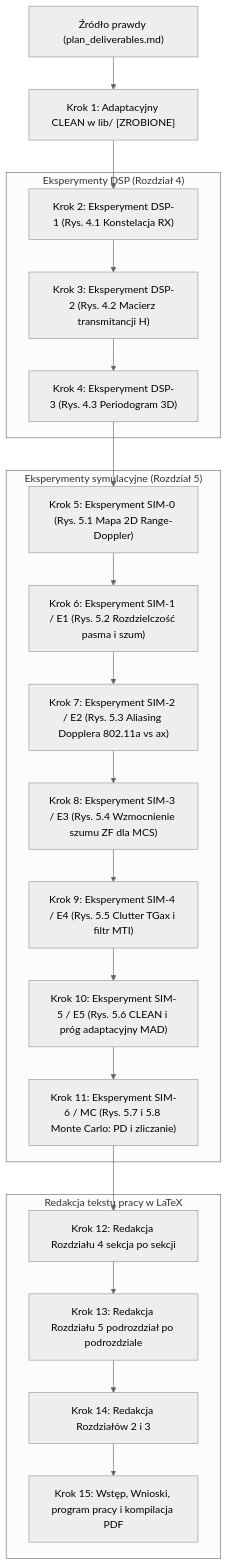
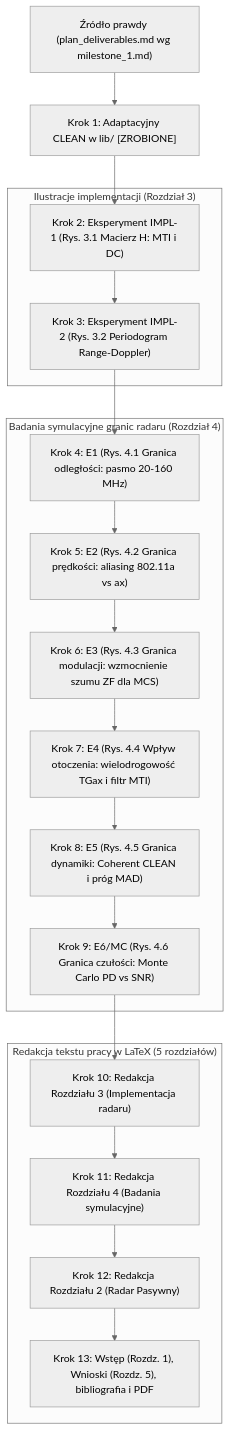
Before and after one commit to nix746/wifi-radar: the diagram in docs/plan_work_order.md, drawn with Mermaid (neutral theme). The commit also changed other lines of this file and 12 other files, not shown here.

````diff
--- a/docs/plan_work_order.md
+++ b/docs/plan_work_order.md
@@ -49,37 +47,35 @@
 ```mermaid
 flowchart TD
-    D["Źródło prawdy (plan_deliverables.md)"]
+    D["Źródło prawdy (plan_deliverables.md wg milestone_1.md)"]
     K1["Krok 1: Adaptacyjny CLEAN w lib/ [ZROBIONE]"]
     
-    subgraph EXP_DSP["Eksperymenty DSP (Rozdział 4)"]
-        K2["Krok 2: Eksperyment DSP-1 (Rys. 4.1 Konstelacja RX)"]
-        K3["Krok 3: Eksperyment DSP-2 (Rys. 4.2 Macierz transmitancji H)"]
-        K4["Krok 4: Eksperyment DSP-3 (Rys. 4.3 Periodogram 3D)"]
+    subgraph EXP_IMPL["Ilustracje implementacji (Rozdział 3)"]
+        K2["Krok 2: Eksperyment IMPL-1 (Rys. 3.1 Macierz H: MTI i DC)"]
+        K3["Krok 3: Eksperyment IMPL-2 (Rys. 3.2 Periodogram Range-Doppler)"]
     end
 
-    subgraph EXP_SIM["Eksperymenty symulacyjne (Rozdział 5)"]
-        K5["Krok 5: Eksperyment SIM-0 (Rys. 5.1 Mapa 2D Range-Doppler)"]
-        K6["Krok 6: Eksperyment SIM-1 / E1 (Rys. 5.2 Rozdzielczość pasma i szum)"]
-        K7["Krok 7: Eksperyment SIM-2 / E2 (Rys. 5.3 Aliasing Dopplera 802.11a vs ax)"]
-        K8["Krok 8: Eksperyment SIM-3 / E3 (Rys. 5.4 Wzmocnienie szumu ZF dla MCS)"]
-        K9["Krok 9: Eksperyment SIM-4 / E4 (Rys. 5.5 Clutter TGax i filtr MTI)"]
-        K10["Krok 10: Eksperyment SIM-5 / E5 (Rys. 5.6 CLEAN i próg adaptacyjny MAD)"]
-        K11["Krok 11: Eksperyment SIM-6 / MC (Rys. 5.7 i 5.8 Monte Carlo: PD i zliczanie)"]
+    subgraph EXP_SIM["Badania symulacyjne granic radaru (Rozdział 4)"]
+        K4["Krok 4: E1 (Rys. 4.1 Granica odległości: pasmo 20-160 MHz)"]
+        K5["Krok 5: E2 (Rys. 4.2 Granica prędkości: aliasing 802.11a vs ax)"]
+        K6["Krok 6: E3 (Rys. 4.3 Granica modulacji: wzmocnienie szumu ZF dla MCS)"]
+        K7["Krok 7: E4 (Rys. 4.4 Wpływ otoczenia: wielodrogowość TGax i filtr MTI)"]
+        K8["Krok 8: E5 (Rys. 4.5 Granica dynamiki: Coherent CLEAN i próg MAD)"]
+        K9["Krok 9: E6/MC (Rys. 4.6 Granica czułości: Monte Carlo PD vs SNR)"]
     end
 
-    subgraph LATEX["Redakcja tekstu pracy w LaTeX"]
-        K12["Krok 12: Redakcja Rozdziału 4 sekcja po sekcji"]
-        K13["Krok 13: Redakcja Rozdziału 5 podrozdział po podrozdziale"]
-        K14["Krok 14: Redakcja Rozdziałów 2 i 3"]
-        K15["Krok 15: Wstęp, Wnioski, program pracy i kompilacja PDF"]
+    subgraph LATEX["Redakcja tekstu pracy w LaTeX (5 rozdziałów)"]
+        K10["Krok 10: Redakcja Rozdziału 3 (Implementacja radaru)"]
+        K11["Krok 11: Redakcja Rozdziału 4 (Badania symulacyjne)"]
+        K12["Krok 12: Redakcja Rozdziału 2 (Radar Pasywny)"]
+        K13["Krok 13: Wstęp (Rozdz. 1), Wnioski (Rozdz. 5), bibliografia i PDF"]
     end
 
     D --> K1
     K1 --> K2
-    K2 --> K3 --> K4 --> K5
-    K5 --> K6 --> K7 --> K8 --> K9 --> K10 --> K11
+    K2 --> K3
+    K3 --> K4 --> K5 --> K6 --> K7 --> K8 --> K9
+    K9 --> K10
+    K10 --> K11
     K11 --> K12
     K12 --> K13
-    K13 --> K14
-    K14 --> K15
 ```
````
